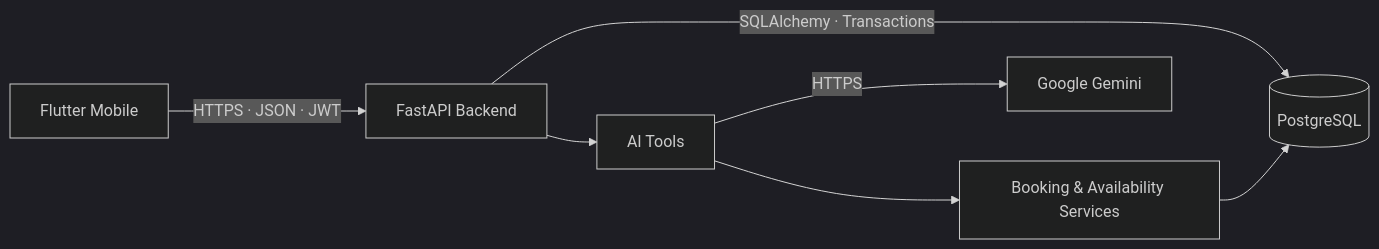
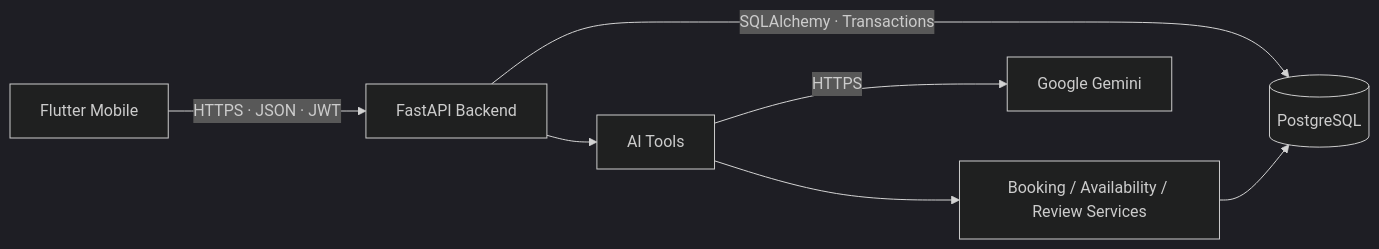
Before and after one commit to artyom129/SlotBridge: the diagram in README.md, drawn with Mermaid (dark theme). The commit also changed other lines of this file, not shown here.

````diff
--- a/README.md
+++ b/README.md
@@ -108,9 +112,9 @@
 ```mermaid
 flowchart LR
     M[Flutter Mobile] -->|HTTPS · JSON · JWT| B[FastAPI Backend]
     B -->|SQLAlchemy · Transactions| P[(PostgreSQL)]
     B --> A[AI Tools]
     A -->|HTTPS| G[Google Gemini]
-    A --> S[Booking & Availability Services]
+    A --> S[Booking / Availability / Review Services]
     S --> P
 ```
````
